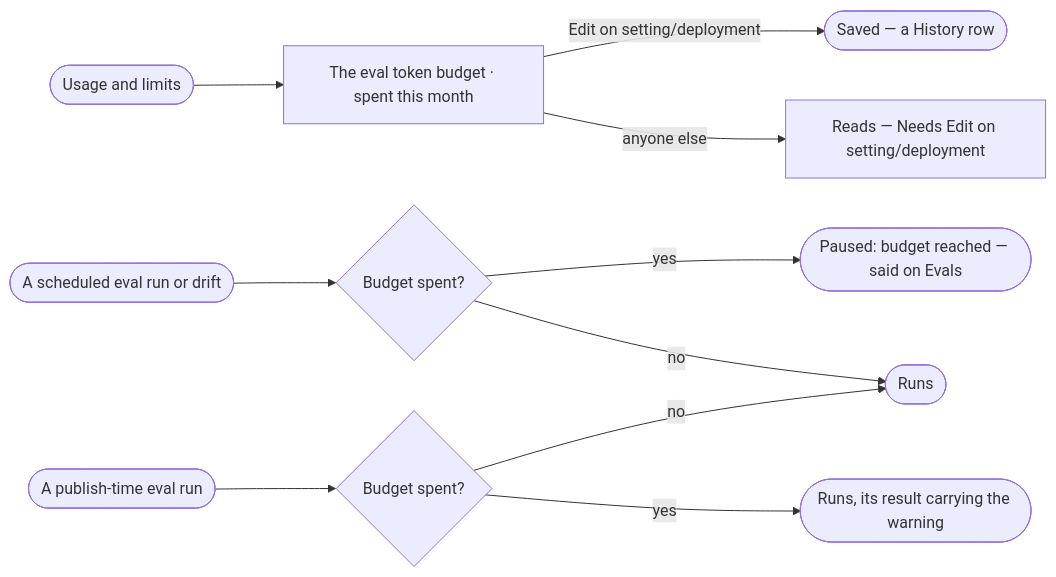
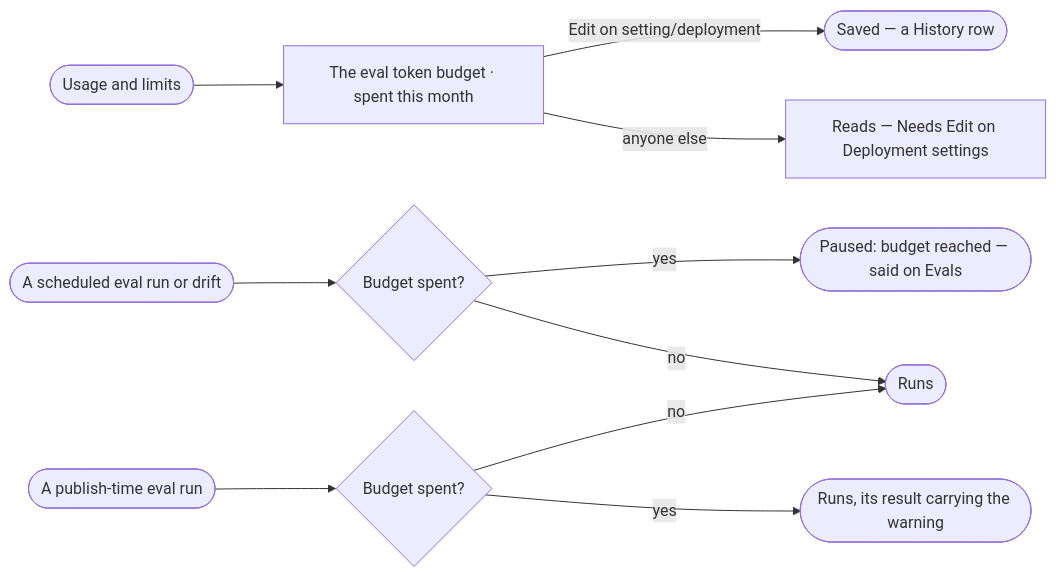
Before and after one commit to invana/invana: the diagram in specs/capabilities/agents/features/AG-F10-test-an-agent-and-a-skill/stories/AG-59-keep-tests-and-evals-within-their-token-budget/story.md, drawn with Mermaid. The commit also changed other lines of this file and 127 other files, not shown here.

````diff
--- a/specs/capabilities/agents/features/AG-F10-test-an-agent-and-a-skill/stories/AG-59-keep-tests-and-evals-within-their-token-budget/story.md
+++ b/specs/capabilities/agents/features/AG-F10-test-an-agent-and-a-skill/stories/AG-59-keep-tests-and-evals-within-their-token-budget/story.md
@@ -27,12 +27,12 @@
 ```mermaid
 flowchart LR
   u([Usage and limits]) --> b["The eval token budget · spent this month"]
   b -->|Edit on setting/deployment| s(["Saved — a History row"])
-  b -->|anyone else| x["Reads — Needs Edit on setting/deployment"]
+  b -->|anyone else| x["Reads — Needs Edit on Deployment settings"]
   r([A scheduled eval run or drift]) --> c{"Budget spent?"}
   c -->|yes| p(["Paused: budget reached — said on Evals"])
   c -->|no| go(["Runs"])
   pub([A publish-time eval run]) --> c2{"Budget spent?"}
   c2 -->|yes| w(["Runs, its result carrying the warning"])
   c2 -->|no| go
 ```
````
